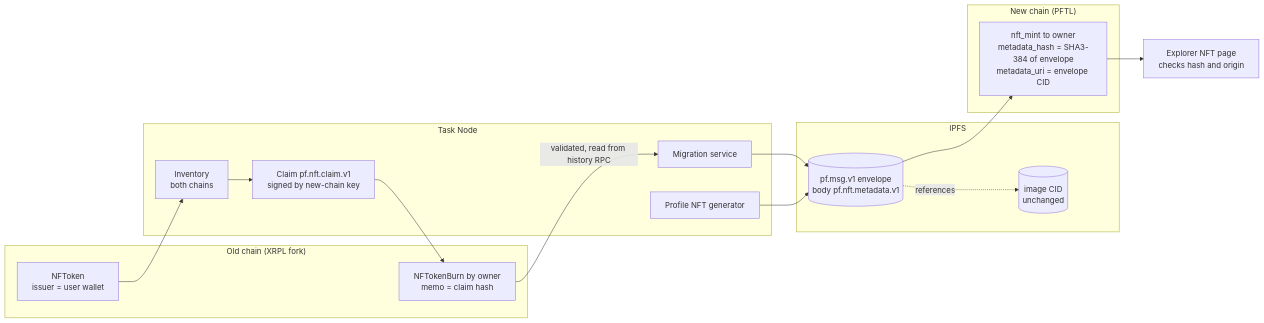
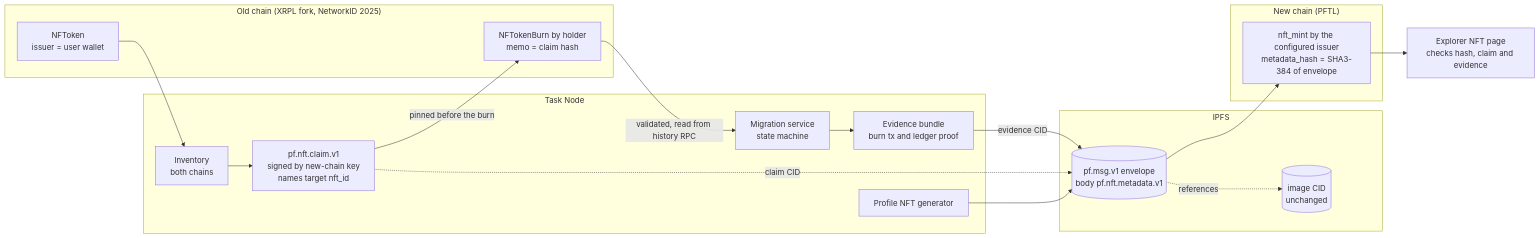
Before and after one commit to postfiatorg/postfiatl1v2: the diagram in big_milestone/pillars/04-nft-system.md, drawn with Mermaid. The commit also changed other lines of this file and 22 other files, not shown here.

````diff
--- a/big_milestone/pillars/04-nft-system.md
+++ b/big_milestone/pillars/04-nft-system.md
@@ -58,27 +50,31 @@
 ```mermaid
 flowchart LR
-    subgraph OLD["Old chain (XRPL fork)"]
+    subgraph OLD["Old chain (XRPL fork, NetworkID 2025)"]
       O1["NFToken<br/>issuer = user wallet"]
-      OB["NFTokenBurn by owner<br/>memo = claim hash"]
+      OB["NFTokenBurn by holder<br/>memo = claim hash"]
     end
     subgraph TN["Task Node"]
       INV["Inventory<br/>both chains"]
-      CL["Claim pf.nft.claim.v1<br/>signed by new-chain key"]
-      MS[Migration service]
+      CL["pf.nft.claim.v1<br/>signed by new-chain key<br/>names target nft_id"]
+      MS["Migration service<br/>state machine"]
+      EV["Evidence bundle<br/>burn tx and ledger proof"]
       GEN[Profile NFT generator]
     end
     subgraph IPFS
       IMG[("image CID<br/>unchanged")]
       ENV[("pf.msg.v1 envelope<br/>body pf.nft.metadata.v1")]
     end
     subgraph NEW["New chain (PFTL)"]
-      N1["nft_mint to owner<br/>metadata_hash = SHA3-384 of envelope<br/>metadata_uri = envelope CID"]
+      N1["nft_mint by the configured issuer<br/>metadata_hash = SHA3-384 of envelope"]
     end
-    O1 --> INV --> CL --> OB
+    O1 --> INV --> CL
+    CL -->|"pinned before the burn"| OB
     OB -->|"validated, read from history RPC"| MS
-    MS --> ENV
+    MS --> EV
+    EV -->|"evidence CID"| ENV
+    CL -.->|"claim CID"| ENV
     GEN --> ENV
     ENV -.->|references| IMG
     ENV --> N1
-    N1 --> EX["Explorer NFT page<br/>checks hash and origin"]
+    N1 --> EX["Explorer NFT page<br/>checks hash, claim and evidence"]
 ```
````
